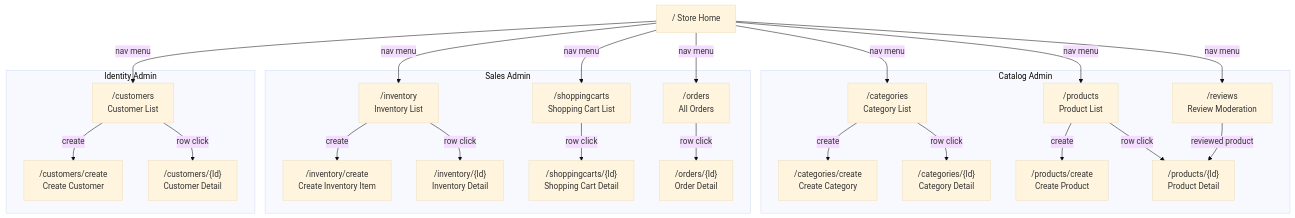
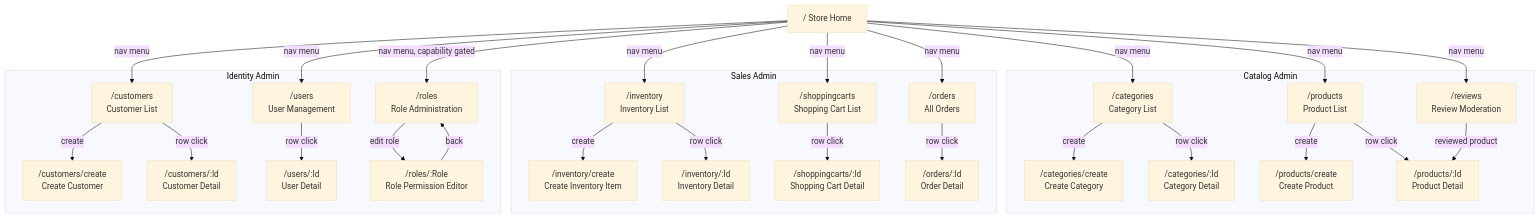
Before and after one commit to ivanball/ivanball.github.io: the third of 3 diagrams in docs-src/guides/store-NavigationFlow.md, drawn with Mermaid (base theme). The commit also changed other lines of this file and 74 other files, not shown here.

First line of the commit message:
docs: drift 2026-09-24 convergence (ADRs, scorecards, backlogs, navigation flows) (#217)

````diff
--- a/docs-src/guides/store-NavigationFlow.md
+++ b/docs-src/guides/store-NavigationFlow.md
@@ -120,50 +120,59 @@
 ```mermaid
 flowchart TD
     subgraph CatalogAdmin["Catalog Admin"]
         Categories["/categories<br/>Category List"]
         CategoryCreate["/categories/create<br/>Create Category"]
-        CategoryDetail["/categories/{Id}<br/>Category Detail"]
+        CategoryDetail["/categories/:Id<br/>Category Detail"]
         Products["/products<br/>Product List"]
         ProductCreate["/products/create<br/>Create Product"]
-        ProductDetailAdm["/products/{Id}<br/>Product Detail"]
+        ProductDetailAdm["/products/:Id<br/>Product Detail"]
         ReviewsAdm["/reviews<br/>Review Moderation"]
     end
 
     subgraph SalesAdmin["Sales Admin"]
         Inventory["/inventory<br/>Inventory List"]
         InventoryCreate["/inventory/create<br/>Create Inventory Item"]
-        InventoryDetail["/inventory/{Id}<br/>Inventory Detail"]
+        InventoryDetail["/inventory/:Id<br/>Inventory Detail"]
         Carts["/shoppingcarts<br/>Shopping Cart List"]
-        CartDetail["/shoppingcarts/{Id}<br/>Shopping Cart Detail"]
+        CartDetail["/shoppingcarts/:Id<br/>Shopping Cart Detail"]
         OrdersAll["/orders<br/>All Orders"]
-        OrderDetailAdm["/orders/{Id}<br/>Order Detail"]
+        OrderDetailAdm["/orders/:Id<br/>Order Detail"]
     end
 
     subgraph IdentityAdmin["Identity Admin"]
         Customers["/customers<br/>Customer List"]
         CustomerCreate["/customers/create<br/>Create Customer"]
-        CustomerDetail["/customers/{Id}<br/>Customer Detail"]
+        CustomerDetail["/customers/:Id<br/>Customer Detail"]
+        Users["/users<br/>User Management"]
+        UserDetail["/users/:Id<br/>User Detail"]
+        Roles["/roles<br/>Role Administration"]
+        RoleEdit["/roles/:Role<br/>Role Permission Editor"]
     end
 
     Home["/  Store Home"]
 
     Home -->|nav menu| Categories
     Home -->|nav menu| Products
     Home -->|nav menu| ReviewsAdm
     Home -->|nav menu| Inventory
     Home -->|nav menu| Carts
     Home -->|nav menu| OrdersAll
     Home -->|nav menu| Customers
+    Home -->|nav menu| Users
+    Home -->|nav menu, capability gated| Roles
 
     Categories -->|row click| CategoryDetail
     Categories -->|create| CategoryCreate
     Products -->|row click| ProductDetailAdm
     Products -->|create| ProductCreate
     Inventory -->|row click| InventoryDetail
     Inventory -->|create| InventoryCreate
     Carts -->|row click| CartDetail
     OrdersAll -->|row click| OrderDetailAdm
     Customers -->|row click| CustomerDetail
     Customers -->|create| CustomerCreate
     ReviewsAdm -->|reviewed product| ProductDetailAdm
+    Users -->|row click| UserDetail
+    Roles -->|edit role| RoleEdit
+    RoleEdit -->|back| Roles
 ```
````
